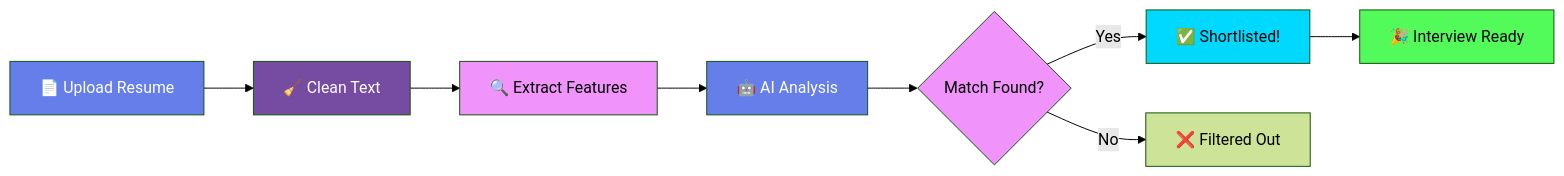
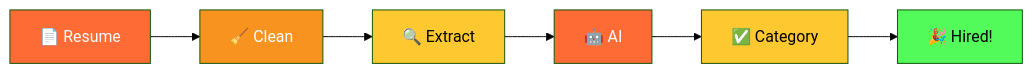
The diagram in README.md (alam025/resume-screening-ai), drawn with Mermaid (forest theme) before and after one commit. The commit also changed other lines of this file, not shown here.

````diff
--- a/README.md
+++ b/README.md
@@ -61,18 +71,15 @@
 ```mermaid
 graph LR
-    A[📄 Upload Resume] --> B[🧹 Clean Text]
-    B --> C[🔍 Extract Features]
-    C --> D[🤖 AI Analysis]
-    D --> E{Match Found?}
-    E -->|Yes| F[✅ Shortlisted!]
-    E -->|No| G[❌ Filtered Out]
-    F --> H[🎉 Interview Ready]
+    A[📄 Resume] --> B[🧹 Clean]
+    B --> C[🔍 Extract]
+    C --> D[🤖 AI]
+    D --> E[✅ Category]
+    E --> F[🎉 Hired!]
     
-    style A fill:#667eea,color:#fff
-    style B fill:#764ba2,color:#fff
-    style C fill:#f093fb,color:#000
-    style D fill:#667eea,color:#fff
-    style E fill:#f093fb,color:#000
-    style F fill:#00D9FF,color:#000
-    style H fill:#52fa5a,color:#000
+    style A fill:#FF6B35,color:#fff
+    style B fill:#F7931E,color:#fff
+    style C fill:#FDC830,color:#000
+    style D fill:#FF6B35,color:#fff
+    style E fill:#FDC830,color:#000
+    style F fill:#52fa5a,color:#000
 ```
````
